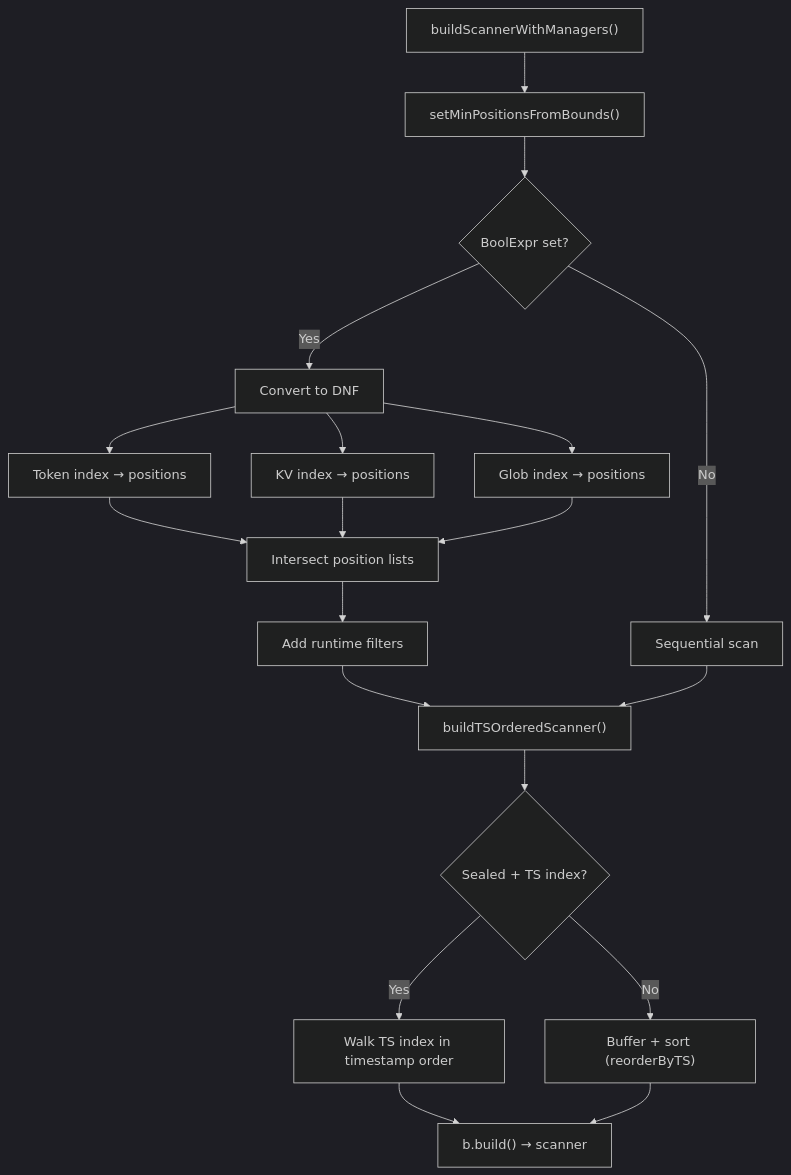
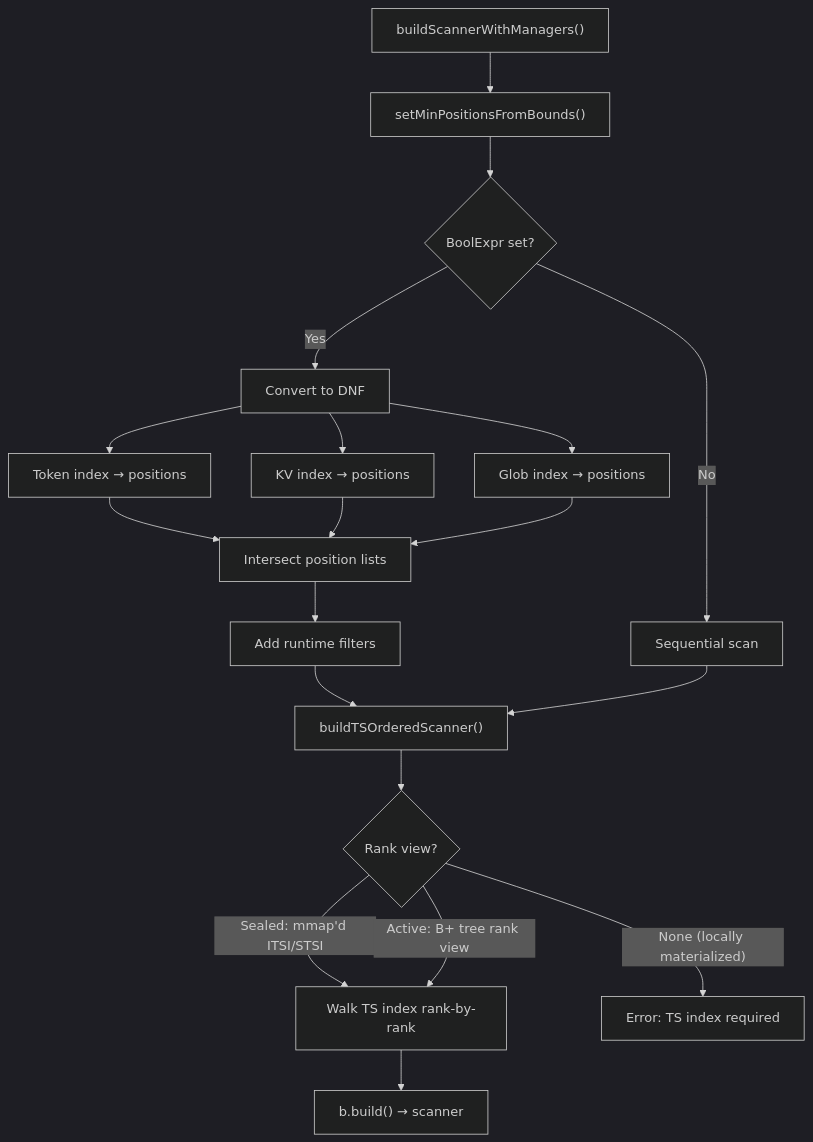
One commit to kluzzebass/gastrolog changed the fifth of 10 diagrams in docs/query_execution.md. Above: the diagram before and after it, drawn with Mermaid (dark theme). The commit also changed other lines of this file and 1 other file, not shown here.

````diff
--- a/docs/query_execution.md
+++ b/docs/query_execution.md
@@ -117,26 +117,26 @@
 ```mermaid
 flowchart TD
     Build["buildScannerWithManagers()"] --> MinPos["setMinPositionsFromBounds()"]
     MinPos --> BoolExpr{"BoolExpr set?"}
 
     BoolExpr -->|Yes| DNF["Convert to DNF"]
     DNF --> TokenIdx["Token index → positions"]
     DNF --> KVIdx["KV index → positions"]
     DNF --> GlobIdx["Glob index → positions"]
     TokenIdx --> Intersect["Intersect position lists"]
     KVIdx --> Intersect
     GlobIdx --> Intersect
     Intersect --> RuntimeFilters["Add runtime filters"]
 
     BoolExpr -->|No| Sequential["Sequential scan"]
 
     RuntimeFilters --> TSScanner["buildTSOrderedScanner()"]
     Sequential --> TSScanner
 
-    TSScanner --> TSCheck{"Sealed + TS index?"}
-    TSCheck -->|Yes| TSIndex["Walk TS index in timestamp order"]
-    TSCheck -->|No| Reorder["Buffer + sort (reorderByTS)"]
+    TSScanner --> TSCheck{"Rank view?"}
+    TSCheck -->|"Sealed: mmap'd ITSI/STSI"| TSIndex["Walk TS index rank-by-rank"]
+    TSCheck -->|"Active: B+ tree rank view"| TSIndex
+    TSCheck -->|"None (locally materialized)"| Fail["Error: TS index required"]
 
     TSIndex --> FinalBuild["b.build() → scanner"]
-    Reorder --> FinalBuild
 ```
````
